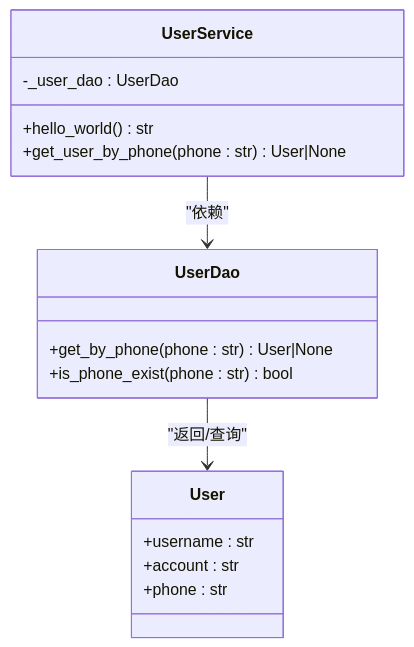
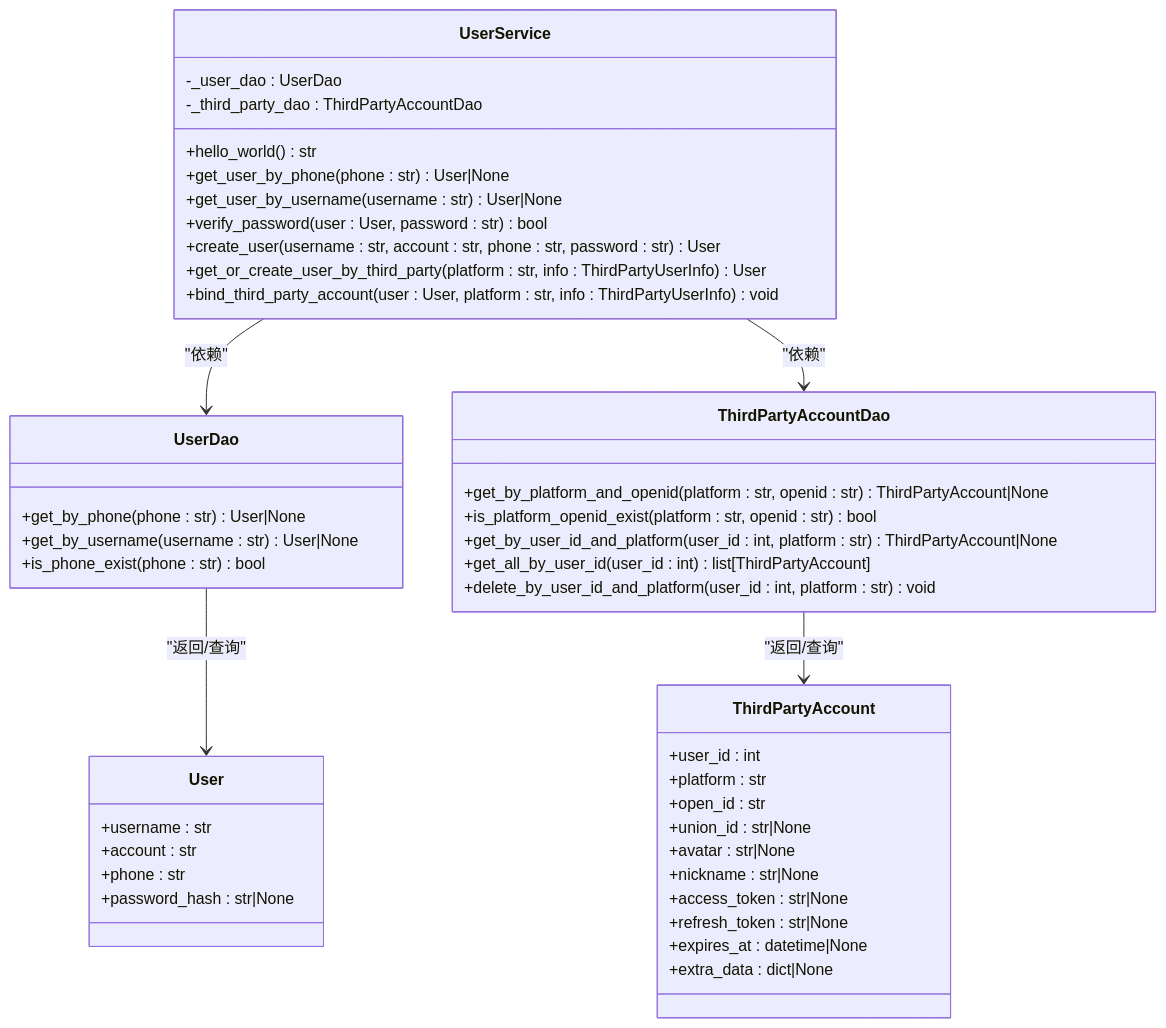
Before and after one commit to lilinzezzzzzz/fastapi-backend: the third of 9 diagrams in .qoder/repowiki/zh/content/业务逻辑层.md, drawn with Mermaid. The commit also changed other lines of this file and 42 other files, not shown here.

````diff
--- a/.qoder/repowiki/zh/content/业务逻辑层.md
+++ b/.qoder/repowiki/zh/content/业务逻辑层.md
@@ -191,19 +265,48 @@
 ```mermaid
 classDiagram
 class UserService {
 -_user_dao : UserDao
+-_third_party_dao : ThirdPartyAccountDao
 +hello_world() str
 +get_user_by_phone(phone : str) User|None
++get_user_by_username(username : str) User|None
++verify_password(user : User, password : str) bool
++create_user(username : str, account : str, phone : str, password : str) User
++get_or_create_user_by_third_party(platform : str, info : ThirdPartyUserInfo) User
++bind_third_party_account(user : User, platform : str, info : ThirdPartyUserInfo) void
 }
 class UserDao {
 +get_by_phone(phone : str) User|None
++get_by_username(username : str) User|None
 +is_phone_exist(phone : str) bool
+}
+class ThirdPartyAccountDao {
++get_by_platform_and_openid(platform : str, openid : str) ThirdPartyAccount|None
++is_platform_openid_exist(platform : str, openid : str) bool
++get_by_user_id_and_platform(user_id : int, platform : str) ThirdPartyAccount|None
++get_all_by_user_id(user_id : int) list[ThirdPartyAccount]
++delete_by_user_id_and_platform(user_id : int, platform : str) void
 }
 class User {
 +username : str
 +account : str
 +phone : str
++password_hash : str|None
+}
+class ThirdPartyAccount {
++user_id : int
++platform : str
++open_id : str
++union_id : str|None
++avatar : str|None
++nickname : str|None
++access_token : str|None
++refresh_token : str|None
++expires_at : datetime|None
++extra_data : dict|None
 }
 UserService --> UserDao : "依赖"
+UserService --> ThirdPartyAccountDao : "依赖"
 UserDao --> User : "返回/查询"
+ThirdPartyAccountDao --> ThirdPartyAccount : "返回/查询"
 ```
````
